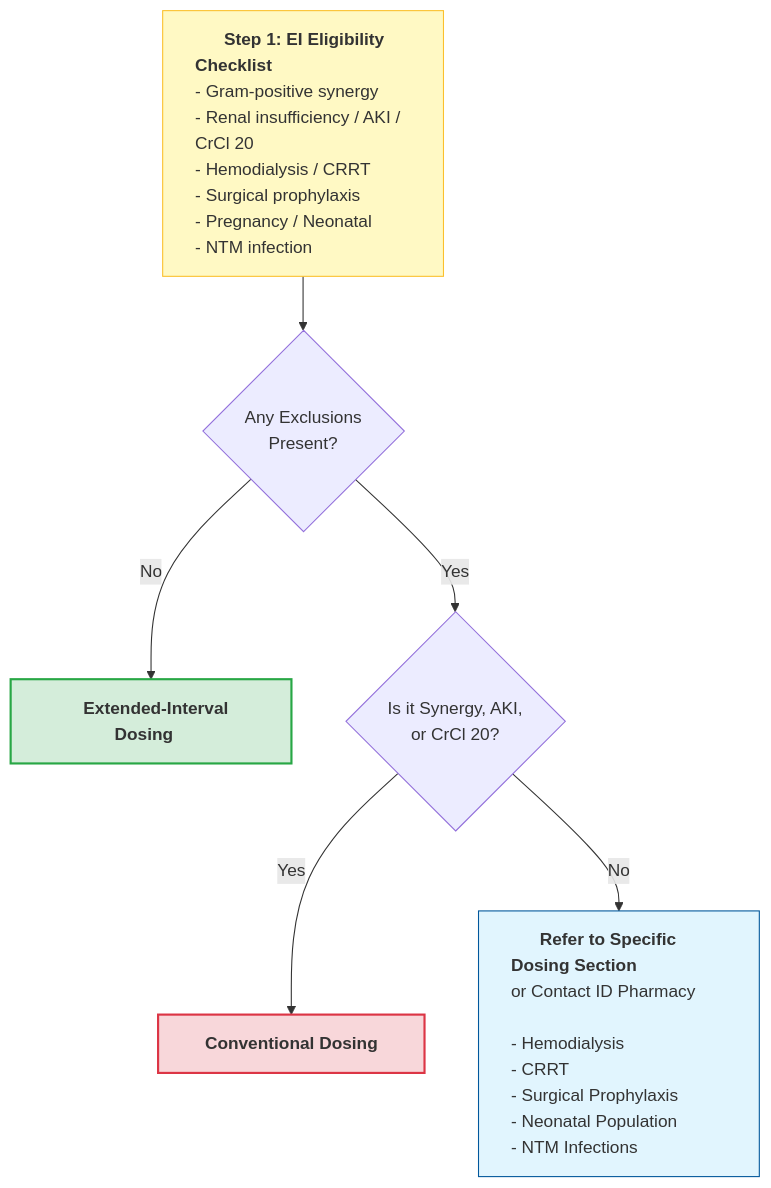
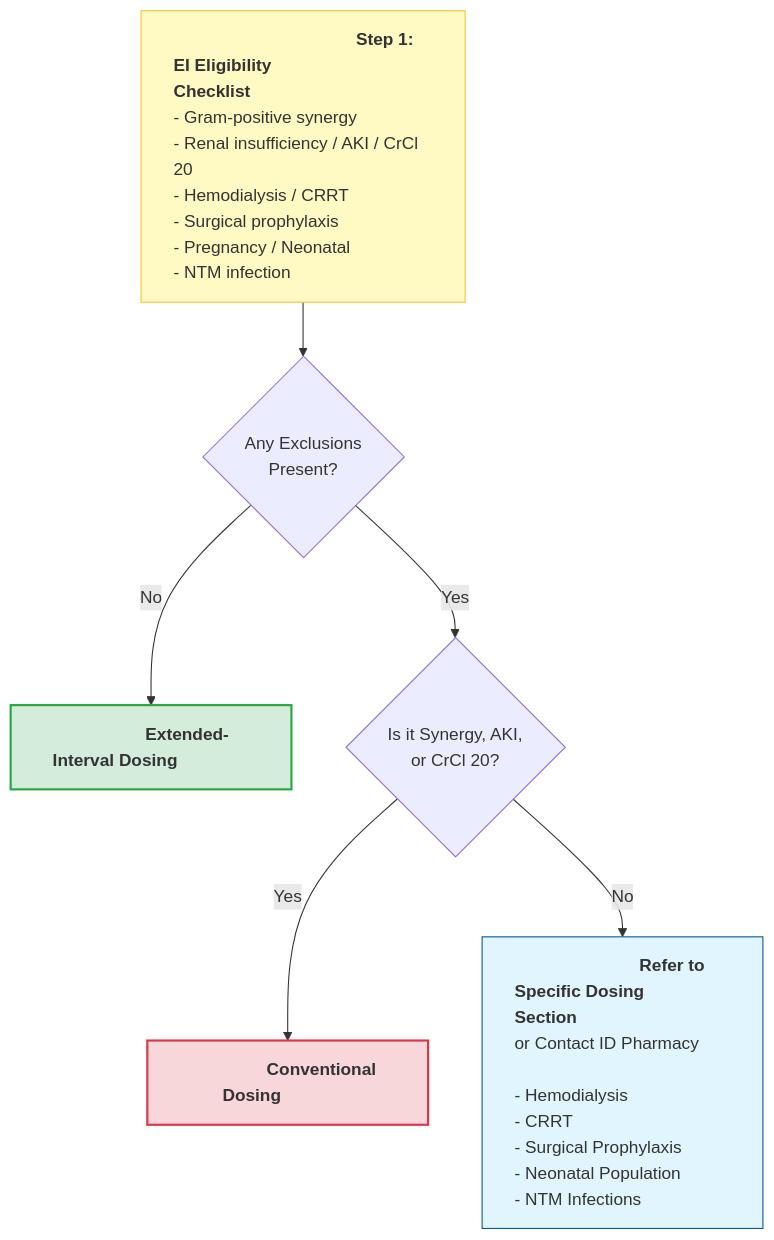
Before and after one commit to shemtsai/Aminoglycoside-Calculator: the diagram in dosing-strategy.md, drawn with Mermaid.

Commit message:
Enhance flowchart formatting in dosing strategy

````diff
--- a/dosing-strategy.md
+++ b/dosing-strategy.md
@@ -38,22 +38,23 @@
 ```mermaid
 flowchart TD
-    %% Step 1: Using spacers to force a wide rectangle
-    Start["&nbsp;&nbsp;&nbsp;&nbsp;&nbsp;&nbsp;<b>Step 1: EI Eligibility Checklist</b>&nbsp;&nbsp;&nbsp;&nbsp;&nbsp;&nbsp;<br/>- Gram-positive synergy<br/>- Renal insufficiency / AKI / CrCl 20<br/>- Hemodialysis / CRRT<br/>- Surgical prophylaxis<br/>- Pregnancy / Neonatal<br/>- NTM infection"] --> B{Any Exclusions<br/>Present?}
+    %% Step 1: Extra-wide header to force a horizontal rectangle
+    Start["&nbsp;&nbsp;&nbsp;&nbsp;&nbsp;&nbsp;&nbsp;&nbsp;&nbsp;&nbsp;&nbsp;&nbsp;&nbsp;&nbsp;&nbsp;&nbsp;&nbsp;&nbsp;&nbsp;&nbsp;&nbsp;&nbsp;&nbsp;&nbsp;&nbsp;&nbsp;&nbsp;&nbsp;&nbsp;&nbsp;&nbsp;&nbsp;&nbsp;&nbsp;&nbsp;&nbsp;&nbsp;&nbsp;<b>Step 1: EI Eligibility Checklist</b>&nbsp;&nbsp;&nbsp;&nbsp;&nbsp;&nbsp;&nbsp;&nbsp;&nbsp;&nbsp;&nbsp;&nbsp;&nbsp;&nbsp;&nbsp;&nbsp;&nbsp;&nbsp;&nbsp;&nbsp;&nbsp;&nbsp;&nbsp;&nbsp;&nbsp;&nbsp;&nbsp;&nbsp;&nbsp;&nbsp;&nbsp;&nbsp;&nbsp;&nbsp;&nbsp;&nbsp;&nbsp;&nbsp;<br/>- Gram-positive synergy<br/>- Renal insufficiency / AKI / CrCl 20<br/>- Hemodialysis / CRRT<br/>- Surgical prophylaxis<br/>- Pregnancy / Neonatal<br/>- NTM infection"] --> B{Any Exclusions<br/>Present?}
     
     style Start fill:#fff9c4,stroke:#fbc02d,text-align:left
 
-    %% The 'No' Path
-    B -- "No" --> EI["&nbsp;&nbsp;&nbsp;<b>Extended-Interval Dosing</b>&nbsp;&nbsp;&nbsp;"]
+    %% The 'No' Path (Stretched Banner)
+    B -- "No" --> EI["&nbsp;&nbsp;&nbsp;&nbsp;&nbsp;&nbsp;&nbsp;&nbsp;&nbsp;&nbsp;&nbsp;&nbsp;&nbsp;&nbsp;&nbsp;<b>Extended-Interval Dosing</b>&nbsp;&nbsp;&nbsp;&nbsp;&nbsp;&nbsp;&nbsp;&nbsp;&nbsp;&nbsp;&nbsp;&nbsp;&nbsp;&nbsp;&nbsp;"]
     style EI fill:#d4edda,stroke:#28a745,stroke-width:2px
 
     %% The 'Yes' Path
     B -- "Yes" --> C{"Is it Synergy, AKI,<br/>or CrCl 20?"}
     
-    C -- "Yes" --> Conv["&nbsp;&nbsp;&nbsp;<b>Conventional Dosing</b>&nbsp;&nbsp;&nbsp;"]
+    %% Conventional Dosing (Stretched Banner)
+    C -- "Yes" --> Conv["&nbsp;&nbsp;&nbsp;&nbsp;&nbsp;&nbsp;&nbsp;&nbsp;&nbsp;&nbsp;&nbsp;&nbsp;&nbsp;&nbsp;&nbsp;<b>Conventional Dosing</b>&nbsp;&nbsp;&nbsp;&nbsp;&nbsp;&nbsp;&nbsp;&nbsp;&nbsp;&nbsp;&nbsp;&nbsp;&nbsp;&nbsp;&nbsp;"]
     style Conv fill:#f8d7da,stroke:#dc3545,stroke-width:2px
 
     %% Step 3: Wide referral box
-    C -- "No" --> D["&nbsp;&nbsp;&nbsp;&nbsp;&nbsp;&nbsp;<b>Refer to Specific Dosing Section</b>&nbsp;&nbsp;&nbsp;&nbsp;&nbsp;&nbsp;<br/>or Contact ID Pharmacy<br/><br/>- Hemodialysis<br/>- CRRT<br/>- Surgical Prophylaxis<br/>- Neonatal Population<br/>- NTM Infections"]
+    C -- "No" --> D["&nbsp;&nbsp;&nbsp;&nbsp;&nbsp;&nbsp;&nbsp;&nbsp;&nbsp;&nbsp;&nbsp;&nbsp;&nbsp;&nbsp;&nbsp;&nbsp;&nbsp;&nbsp;&nbsp;&nbsp;&nbsp;&nbsp;&nbsp;&nbsp;&nbsp;&nbsp;<b>Refer to Specific Dosing Section</b>&nbsp;&nbsp;&nbsp;&nbsp;&nbsp;&nbsp;&nbsp;&nbsp;&nbsp;&nbsp;&nbsp;&nbsp;&nbsp;&nbsp;&nbsp;&nbsp;&nbsp;&nbsp;&nbsp;&nbsp;&nbsp;&nbsp;&nbsp;&nbsp;&nbsp;&nbsp;<br/>or Contact ID Pharmacy<br/><br/>- Hemodialysis<br/>- CRRT<br/>- Surgical Prophylaxis<br/>- Neonatal Population<br/>- NTM Infections"]
     
     style D fill:#e1f5fe,stroke:#01579b,text-align:left
 ```
````
